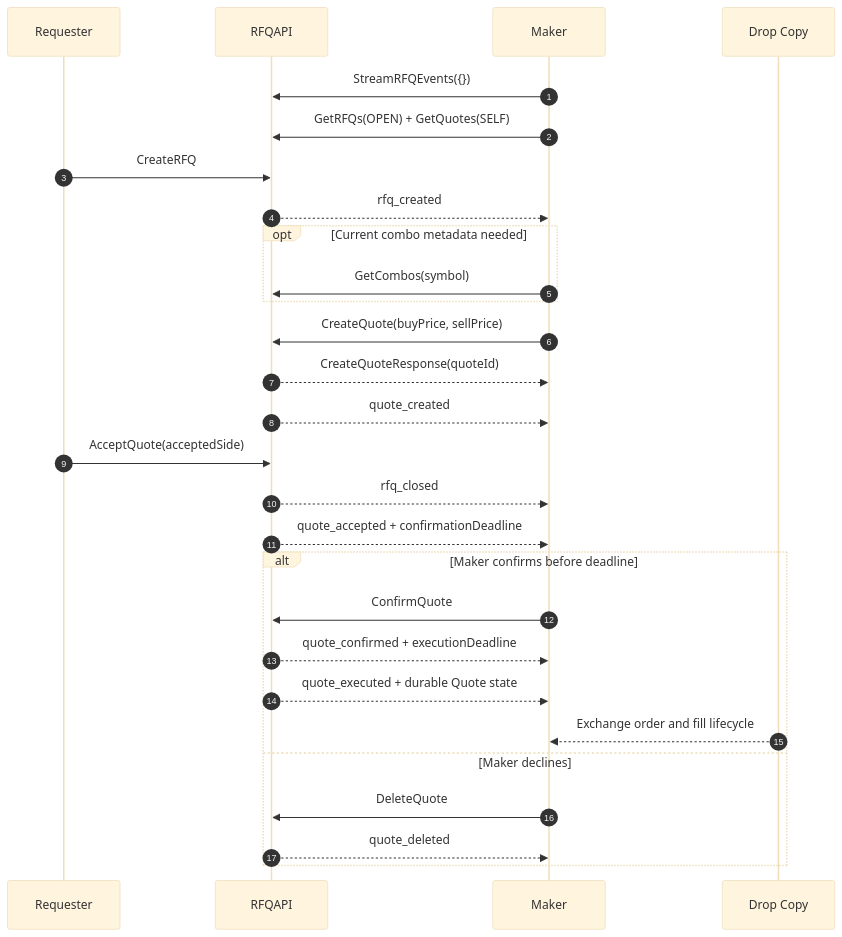
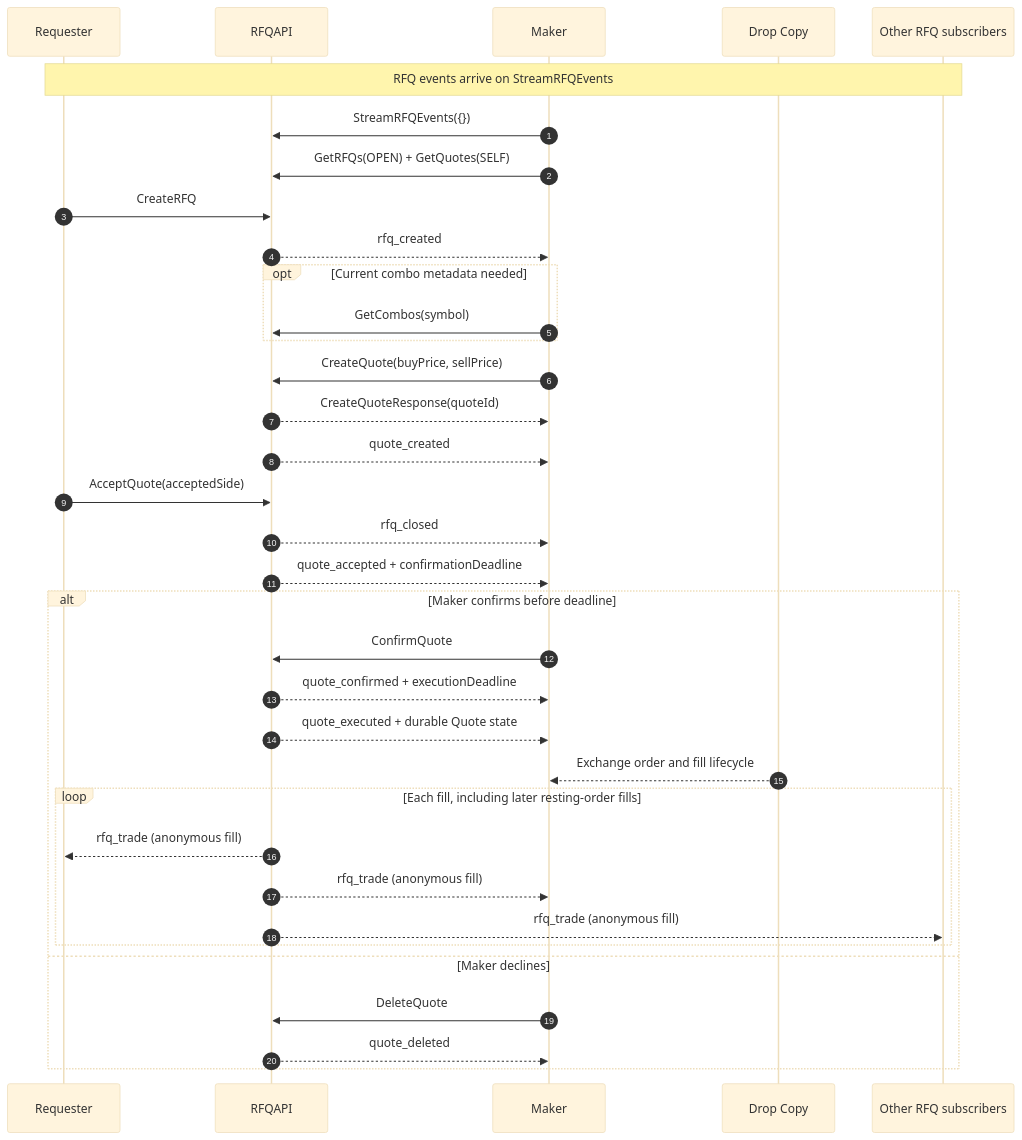
The diagram in docs/trader-guide/combos.md (justrhoto/polymarket-us-docs), drawn with Mermaid (base theme) before and after one commit. The commit also changed other lines of this file and 20 other files, not shown here.

````diff
--- a/docs/trader-guide/combos.md
+++ b/docs/trader-guide/combos.md
@@ -34,31 +34,38 @@
 ```mermaid theme={null}
 sequenceDiagram
     autonumber
     participant R as Requester
     participant API as RFQAPI
     participant M as Maker
     participant DC as Drop Copy
+    participant S as Other RFQ subscribers
 
+    Note over R,S: RFQ events arrive on StreamRFQEvents
     M->>API: StreamRFQEvents({})
     M->>API: GetRFQs(OPEN) + GetQuotes(SELF)
     R->>API: CreateRFQ
     API-->>M: rfq_created
     opt Current combo metadata needed
         M->>API: GetCombos(symbol)
     end
     M->>API: CreateQuote(buyPrice, sellPrice)
     API-->>M: CreateQuoteResponse(quoteId)
     API-->>M: quote_created
     R->>API: AcceptQuote(acceptedSide)
     API-->>M: rfq_closed
     API-->>M: quote_accepted + confirmationDeadline
     alt Maker confirms before deadline
         M->>API: ConfirmQuote
         API-->>M: quote_confirmed + executionDeadline
         API-->>M: quote_executed + durable Quote state
         DC-->>M: Exchange order and fill lifecycle
+        loop Each fill, including later resting-order fills
+            API-->>R: rfq_trade (anonymous fill)
+            API-->>M: rfq_trade (anonymous fill)
+            API-->>S: rfq_trade (anonymous fill)
+        end
     else Maker declines
         M->>API: DeleteQuote
         API-->>M: quote_deleted
     end
 ```
````
